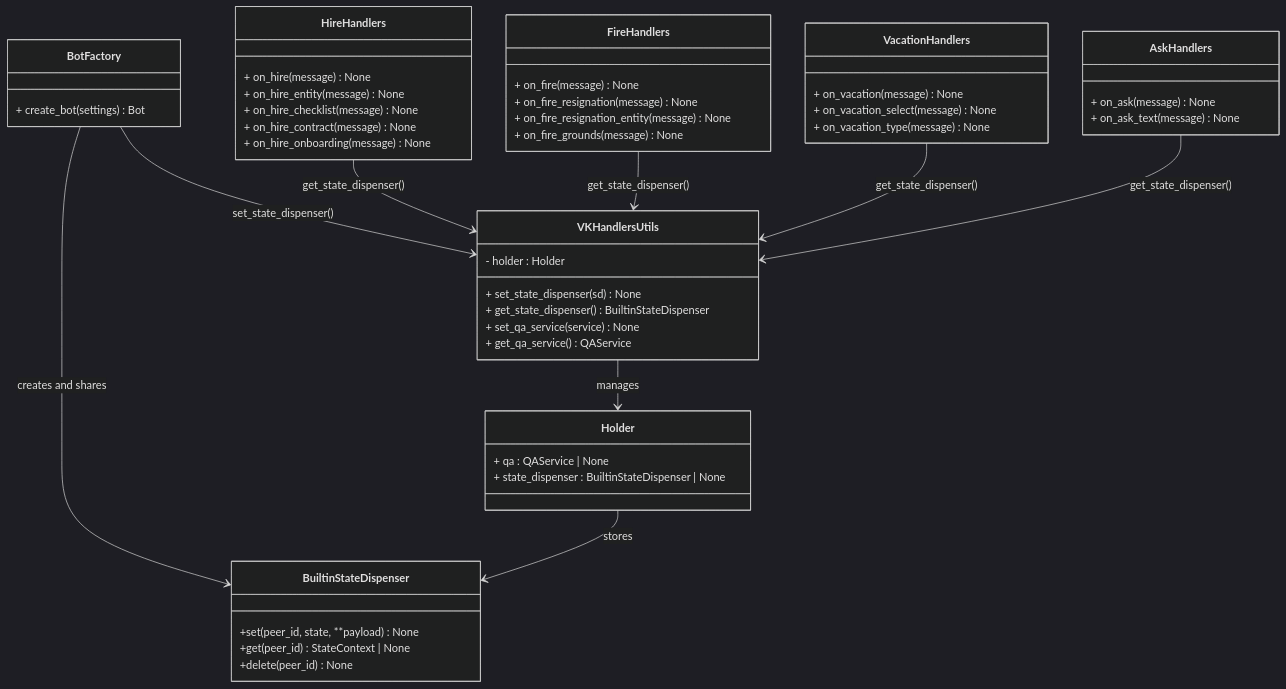
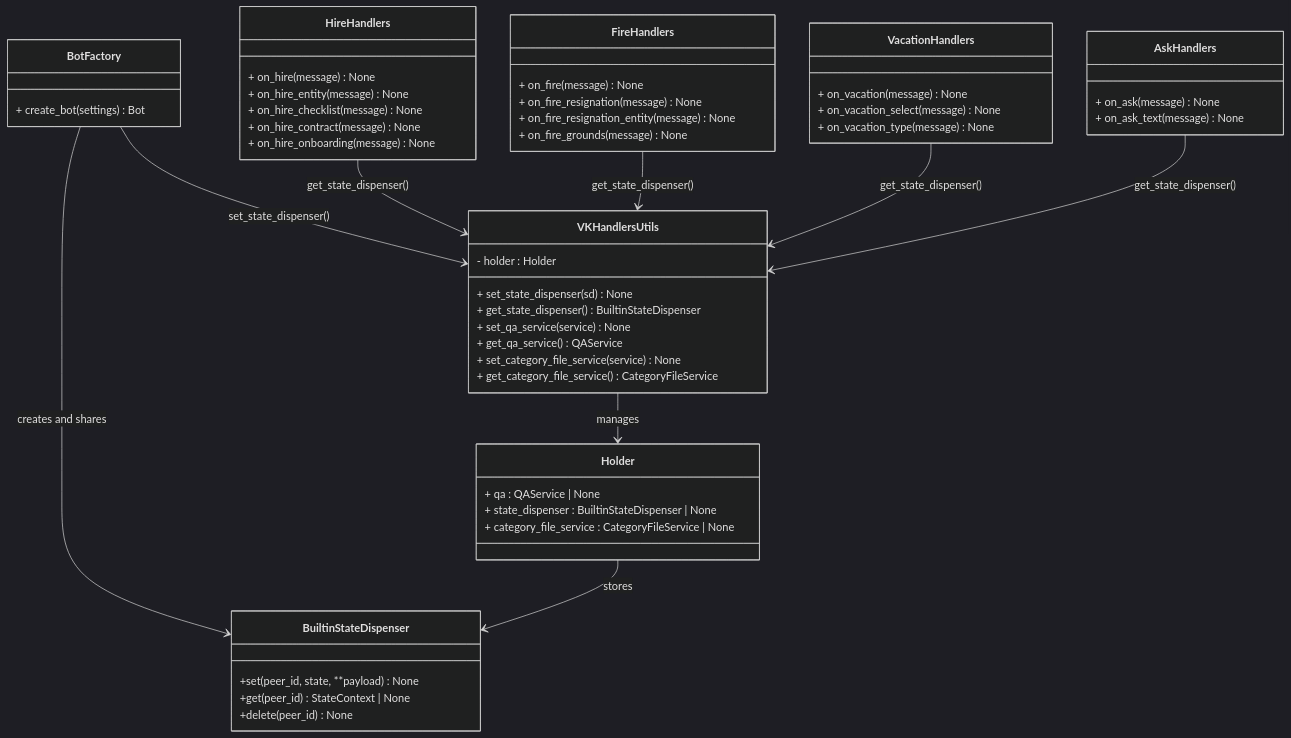
Before and after one commit to ognelis/cafetera_hr_bot: the third of 29 diagrams in .qoder/repowiki/en/content/VK Integration/VK Integration.md, drawn with Mermaid (dark theme). The commit also changed other lines of this file and 139 other files, not shown here.

````diff
--- a/.qoder/repowiki/en/content/VK Integration/VK Integration.md
+++ b/.qoder/repowiki/en/content/VK Integration/VK Integration.md
@@ -347,52 +336,55 @@
 ```mermaid
 classDiagram
 class BuiltinStateDispenser {
 +set(peer_id, state, **payload) None
 +get(peer_id) StateContext | None
 +delete(peer_id) None
 }
 class VKHandlersUtils {
 - holder : Holder
 + set_state_dispenser(sd) None
 + get_state_dispenser() BuiltinStateDispenser
 + set_qa_service(service) None
 + get_qa_service() QAService
++ set_category_file_service(service) None
++ get_category_file_service() CategoryFileService
 }
 class Holder {
 + qa : QAService | None
 + state_dispenser : BuiltinStateDispenser | None
++ category_file_service : CategoryFileService | None
 }
 class BotFactory {
 + create_bot(settings) Bot
 }
 class HireHandlers {
 + on_hire(message) None
 + on_hire_entity(message) None
 + on_hire_checklist(message) None
 + on_hire_contract(message) None
 + on_hire_onboarding(message) None
 }
 class FireHandlers {
 + on_fire(message) None
 + on_fire_resignation(message) None
 + on_fire_resignation_entity(message) None
 + on_fire_grounds(message) None
 }
 class VacationHandlers {
 + on_vacation(message) None
 + on_vacation_select(message) None
 + on_vacation_type(message) None
 }
 class AskHandlers {
 + on_ask(message) None
 + on_ask_text(message) None
 }
 BotFactory --> BuiltinStateDispenser : creates and shares
 BotFactory --> VKHandlersUtils : set_state_dispenser()
 VKHandlersUtils --> Holder : manages
 Holder --> BuiltinStateDispenser : stores
 HireHandlers --> VKHandlersUtils : get_state_dispenser()
 FireHandlers --> VKHandlersUtils : get_state_dispenser()
 VacationHandlers --> VKHandlersUtils : get_state_dispenser()
 AskHandlers --> VKHandlersUtils : get_state_dispenser()
 ```
````
